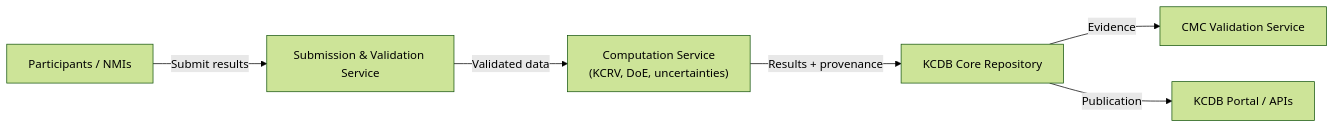
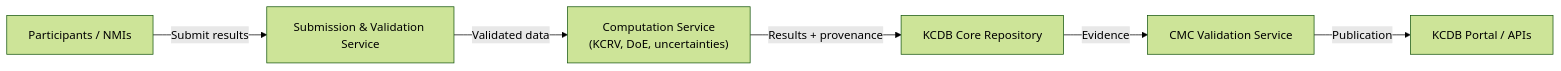
Before and after one commit to PeterBlattner/KCDB-KC: the diagram in design/A1_Architecture_Vision/architekture_vision.md, drawn with Mermaid (forest theme). The commit also changed other lines of this file and 11 other files, not shown here.

````diff
--- a/design/A1_Architecture_Vision/architekture_vision.md
+++ b/design/A1_Architecture_Vision/architekture_vision.md
@@ -103,8 +105,8 @@
 ```mermaid
 flowchart LR
     A["Participants / NMIs"] -->|Submit results| B["Submission & Validation Service"]
     B -->|Validated data| C["Computation Service<br/>(KCRV, DoE, uncertainties)"]
     C -->|Results + provenance| D["KCDB Core Repository"]
     D -->|Evidence| E["CMC Validation Service"]
-    D -->|Publication| F["KCDB Portal / APIs"]
+    E -->|Publication| F["KCDB Portal / APIs"]
 ```
````
